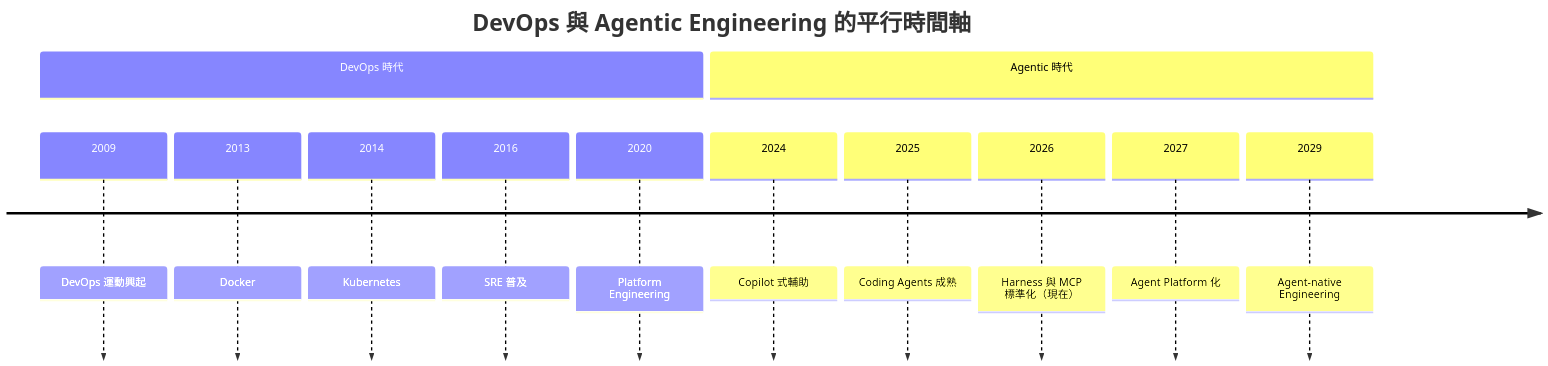
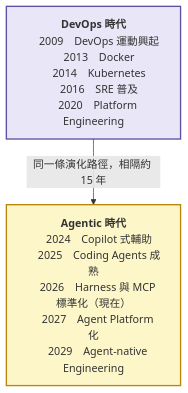
Before and after one commit to fantasybz/medium-articles: the second of 8 diagrams in 2026-09-agentic-engineering-platform/article.md, drawn with Mermaid. The commit also changed other lines of this file and 26 other files, not shown here.

First line of the commit message:
Redraw the remaining wide and tall diagrams across all four articles

````diff
--- a/2026-09-agentic-engineering-platform/article.md
+++ b/2026-09-agentic-engineering-platform/article.md
@@ -99,16 +106,18 @@
 ```mermaid
-timeline
-    title DevOps 與 Agentic Engineering 的平行時間軸
-    section DevOps 時代
-        2009 : DevOps 運動興起
-        2013 : Docker
-        2014 : Kubernetes
-        2016 : SRE 普及
-        2020 : Platform Engineering
-    section Agentic 時代
-        2024 : Copilot 式輔助
-        2025 : Coding Agents 成熟
-        2026 : Harness 與 MCP 標準化（現在）
-        2027 : Agent Platform 化
-        2029 : Agent-native Engineering
+flowchart TB
+    DO["<b>DevOps 時代</b>
+    2009　DevOps 運動興起
+    2013　Docker
+    2014　Kubernetes
+    2016　SRE 普及
+    2020　Platform Engineering"]
+    AG["<b>Agentic 時代</b>
+    2024　Copilot 式輔助
+    2025　Coding Agents 成熟
+    2026　Harness 與 MCP 標準化（現在）
+    2027　Agent Platform 化
+    2029　Agent-native Engineering"]
+    DO -->|同一條演化路徑，相隔約 15 年| AG
+    style DO fill:#e8e6f7,stroke:#5b52a3,stroke-width:2px
+    style AG fill:#fdf6c9,stroke:#b8860b,stroke-width:2px
 ```
````
